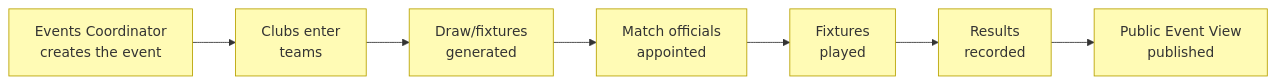
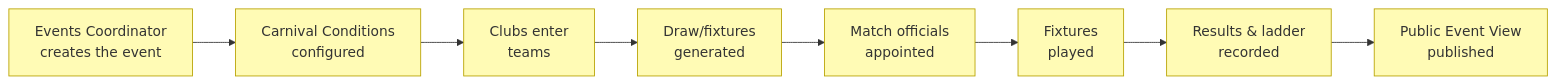
The eighth of 9 diagrams in docs/ea/2_business/3_business-processes.md (DataME2/ia-architect), drawn with Mermaid before and after one commit. The commit also changed other lines of this file and 7 other files, not shown here.

First line of the commit message:
docs: expand carnival public view to ladder/next-fixture, add Carnival Conditions governance

````diff
--- a/docs/ea/2_business/3_business-processes.md
+++ b/docs/ea/2_business/3_business-processes.md
@@ -191,14 +191,15 @@
 ```mermaid
 flowchart LR
   create["Events Coordinator<br>creates the event"]:::business
+  configure["Carnival Conditions<br>configured"]:::business
   enter["Clubs enter<br>teams"]:::business
   draw["Draw/fixtures<br>generated"]:::business
   officiate["Match officials<br>appointed"]:::business
   play["Fixtures<br>played"]:::business
-  record["Results<br>recorded"]:::business
+  record["Results & ladder<br>recorded"]:::business
   publish["Public Event View<br>published"]:::business
 
-  create --> enter --> draw --> officiate --> play --> record --> publish
+  create --> configure --> enter --> draw --> officiate --> play --> record --> publish
 
   classDef business fill:#fffbb5,stroke:#b8a200,color:#333
 ```
````
